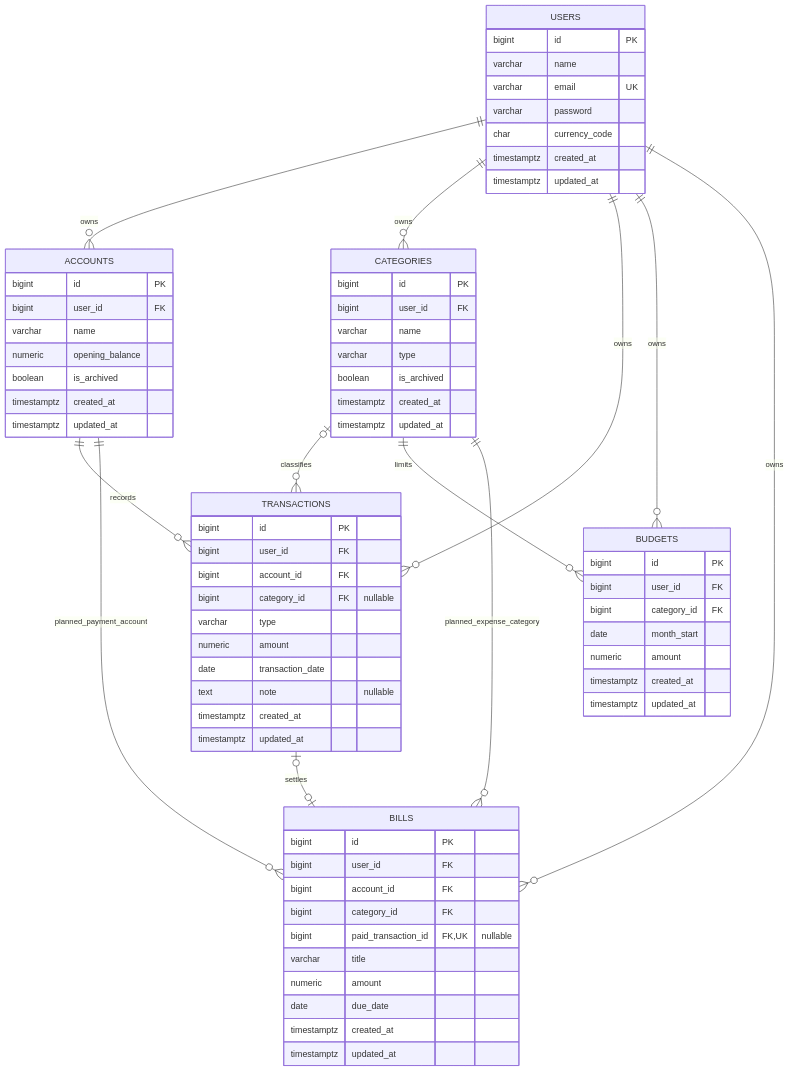
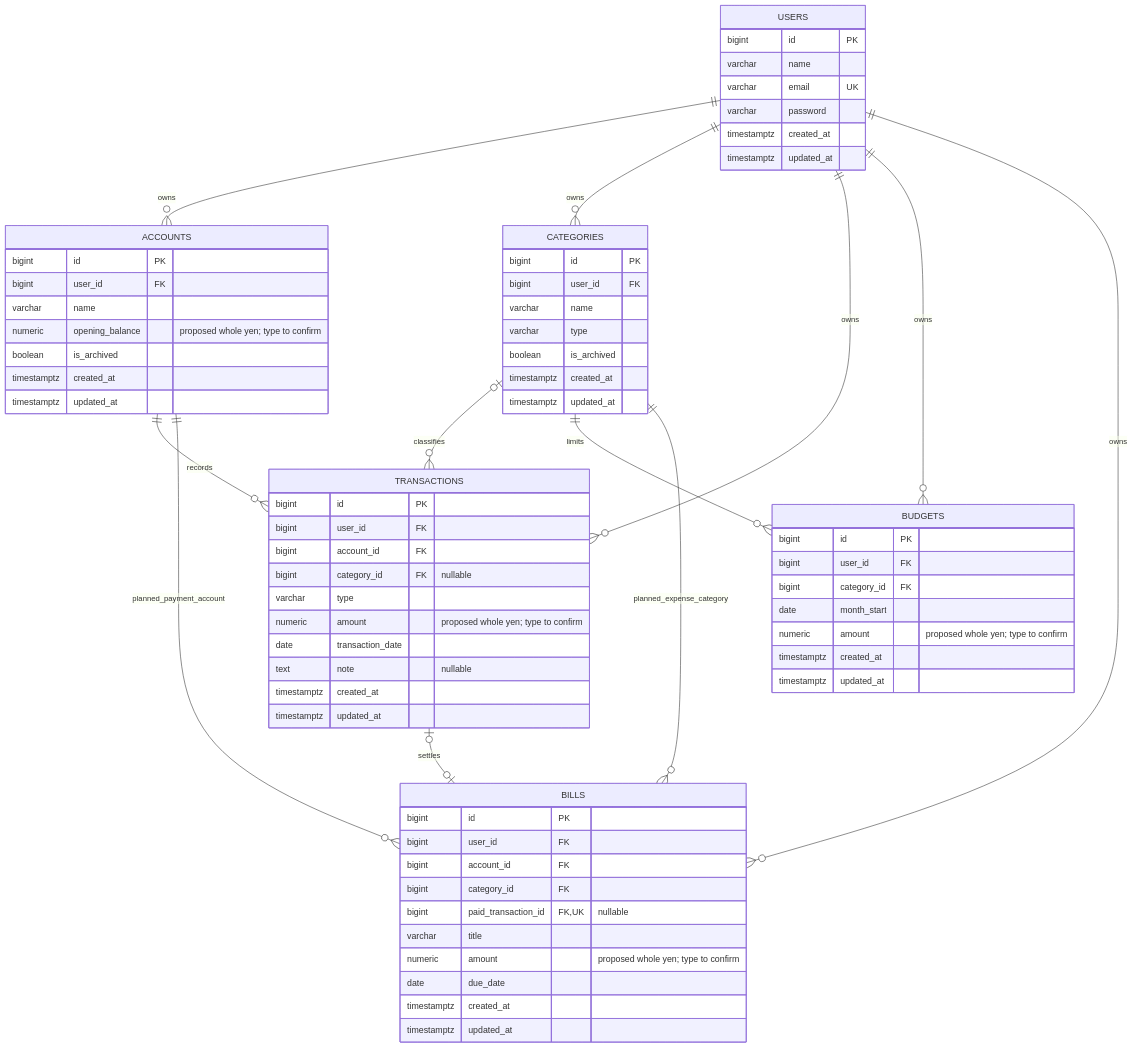
Before and after one commit to Keii-boy/Bills: the diagram in docs/04-database-erd.md, drawn with Mermaid. The commit also changed other lines of this file and 6 other files, not shown here.

Commit message:
docs: finalize Bills project architecture and roadmap

````diff
--- a/docs/04-database-erd.md
+++ b/docs/04-database-erd.md
@@ -7,75 +7,74 @@
 ```mermaid
 erDiagram
     USERS ||--o{ ACCOUNTS : owns
     USERS ||--o{ CATEGORIES : owns
     USERS ||--o{ TRANSACTIONS : owns
     USERS ||--o{ BUDGETS : owns
     USERS ||--o{ BILLS : owns
     ACCOUNTS ||--o{ TRANSACTIONS : records
     CATEGORIES o|--o{ TRANSACTIONS : classifies
     CATEGORIES ||--o{ BUDGETS : limits
     ACCOUNTS ||--o{ BILLS : planned_payment_account
     CATEGORIES ||--o{ BILLS : planned_expense_category
     TRANSACTIONS o|--o| BILLS : settles
 
     USERS {
         bigint id PK
         varchar name
         varchar email UK
         varchar password
-        char currency_code
         timestamptz created_at
         timestamptz updated_at
     }
     ACCOUNTS {
         bigint id PK
         bigint user_id FK
         varchar name
-        numeric opening_balance
+        numeric opening_balance "proposed whole yen; type to confirm"
         boolean is_archived
         timestamptz created_at
         timestamptz updated_at
     }
     CATEGORIES {
         bigint id PK
         bigint user_id FK
         varchar name
         varchar type
         boolean is_archived
         timestamptz created_at
         timestamptz updated_at
     }
     TRANSACTIONS {
         bigint id PK
         bigint user_id FK
         bigint account_id FK
         bigint category_id FK "nullable"
         varchar type
-        numeric amount
+        numeric amount "proposed whole yen; type to confirm"
         date transaction_date
         text note "nullable"
         timestamptz created_at
         timestamptz updated_at
     }
     BUDGETS {
         bigint id PK
         bigint user_id FK
         bigint category_id FK
         date month_start
-        numeric amount
+        numeric amount "proposed whole yen; type to confirm"
         timestamptz created_at
         timestamptz updated_at
     }
     BILLS {
         bigint id PK
         bigint user_id FK
         bigint account_id FK
         bigint category_id FK
         bigint paid_transaction_id FK,UK "nullable"
         varchar title
-        numeric amount
+        numeric amount "proposed whole yen; type to confirm"
         date due_date
         timestamptz created_at
         timestamptz updated_at
     }
 ```
````
